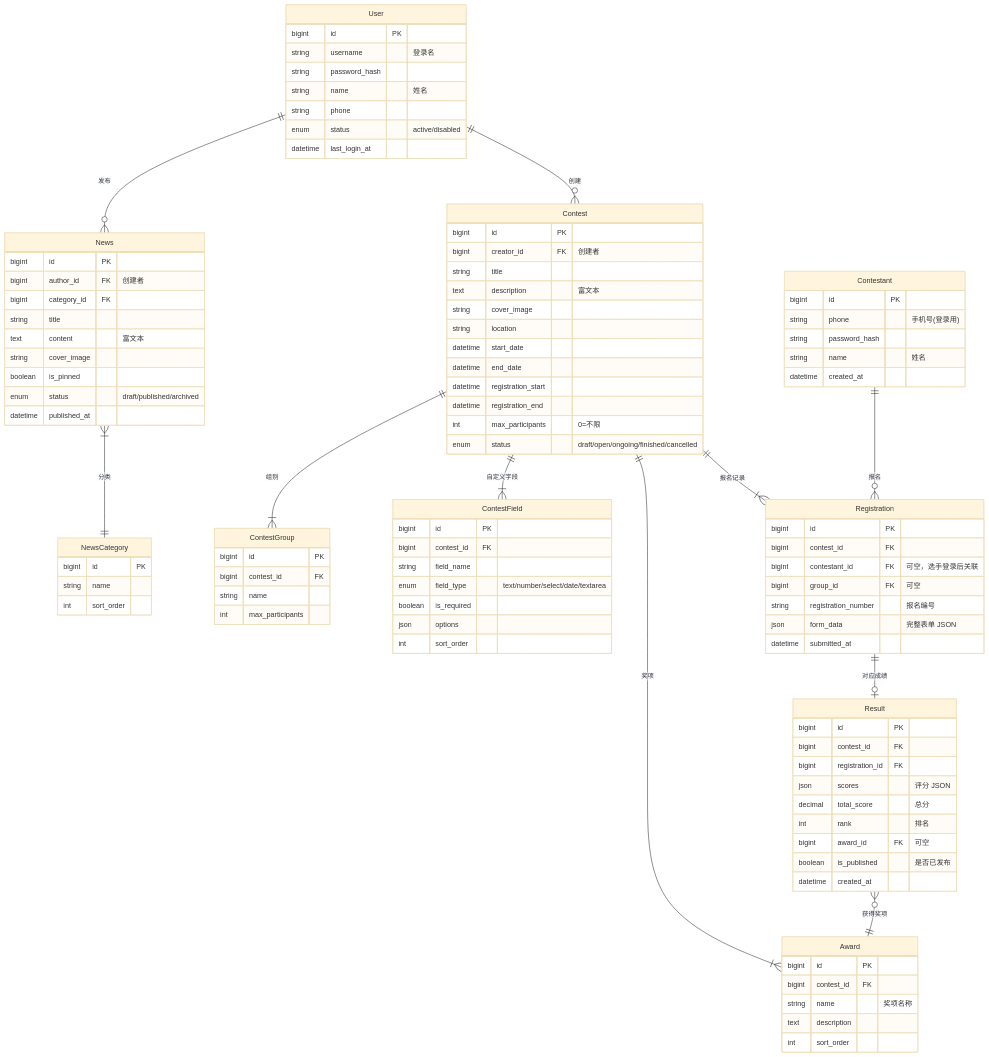
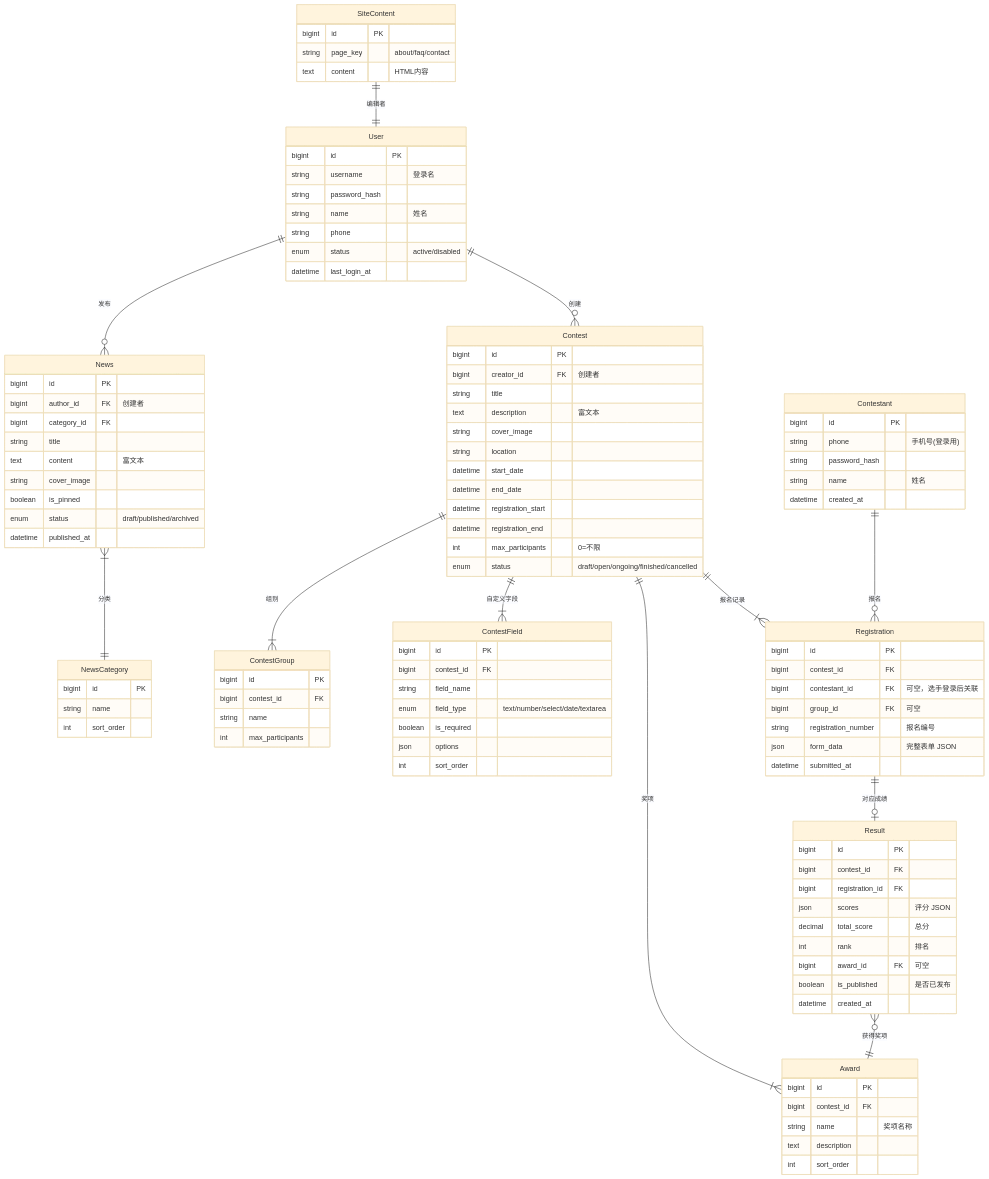
Before and after one commit to Antiqueeeee/contest-hub: the diagram in docs/functional-requirements.md, drawn with Mermaid (base theme). The commit also changed other lines of this file, not shown here.

Commit message:
Update functional requirements: site content management, data model, pages, APIs

```diff
--- a/docs/functional-requirements.md
+++ b/docs/functional-requirements.md
@@ -572,6 +572,13 @@
     Contest ||--|{ Registration : "报名记录"
     Registration ||--o| Result : "对应成绩"
     Result }o--|| Award : "获得奖项"
+    SiteContent ||--|| User : "编辑者"
+
+    SiteContent {
+        bigint id PK
+        string page_key "about/faq/contact"
+        text content "HTML内容"
+    }
 
     User {
         bigint id PK
```
